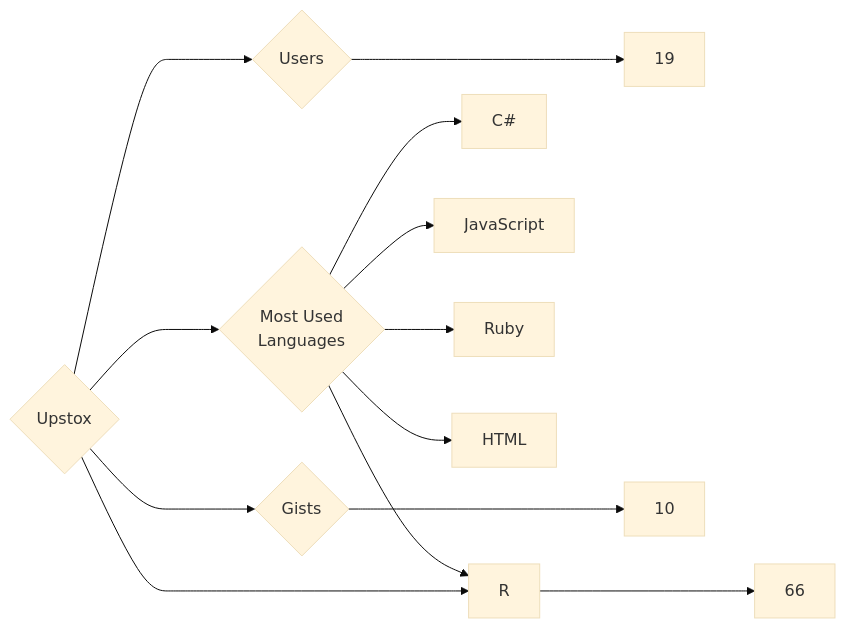
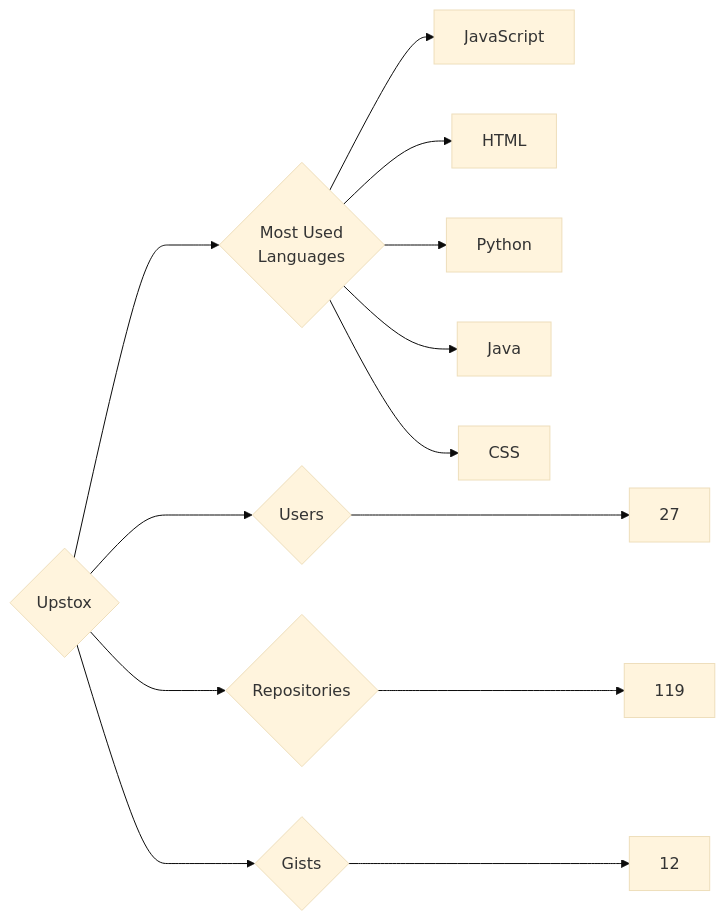
One commit to trickest/insiders changed the diagram in targets/Upstox/README.md. Above: the diagram before and after it, drawn with Mermaid (base theme). The commit also changed 835 other files, not shown here.

````diff
--- a/targets/Upstox/README.md
+++ b/targets/Upstox/README.md
@@ -3,13 +3,13 @@
 ```mermaid
 graph LR
 COMPANY_NAME{Upstox}
-COMPANY_NAME ---> U{Users} ---> UN[19]
-COMPANY_NAME ---> R{Repositories} ---> RN[66]
-COMPANY_NAME ---> G{Gists} ---> GN[10]
+COMPANY_NAME ---> U{Users} ---> UN[27]
+COMPANY_NAME ---> R{Repositories} ---> RN[119]
+COMPANY_NAME ---> G{Gists} ---> GN[12]
 COMPANY_NAME ---> ML{Most Used<br>Languages}
-ML --> C#[C#]
 ML --> JavaScript[JavaScript]
-ML --> Ruby[Ruby]
 ML --> HTML[HTML]
-ML --> R[R]
+ML --> Python[Python]
+ML --> Java[Java]
+ML --> CSS[CSS]
 ```
````
